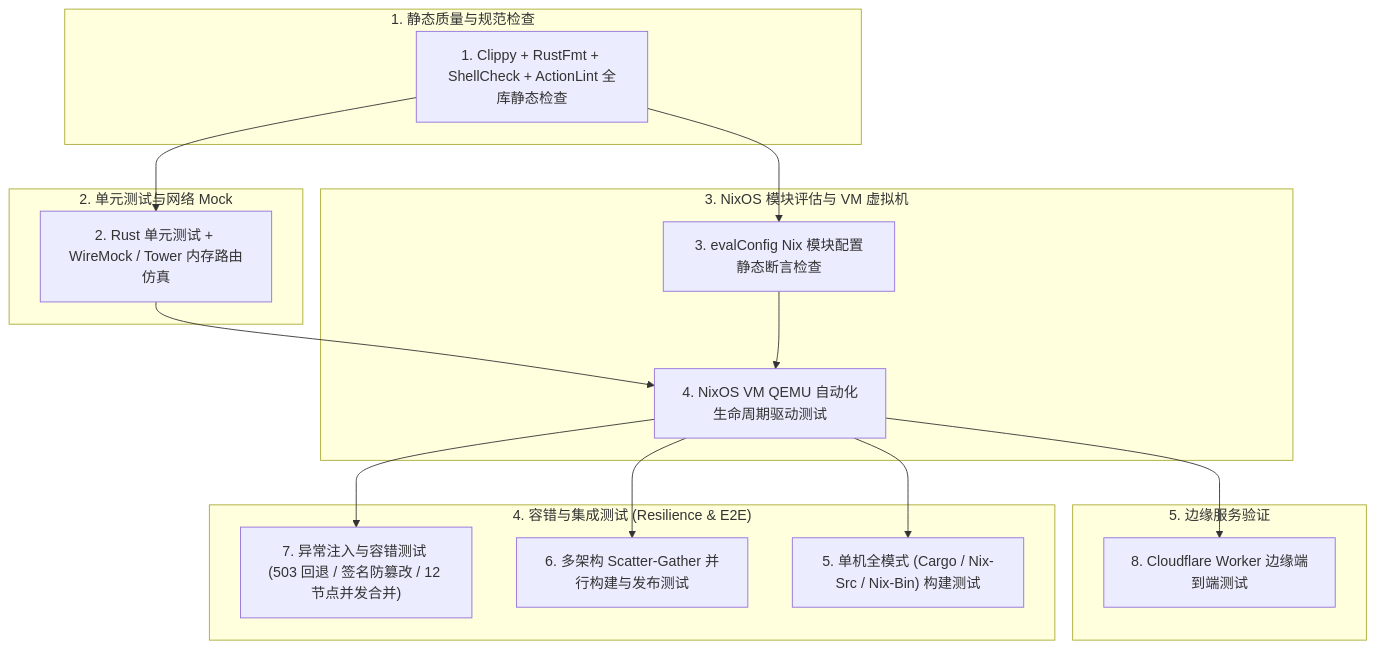
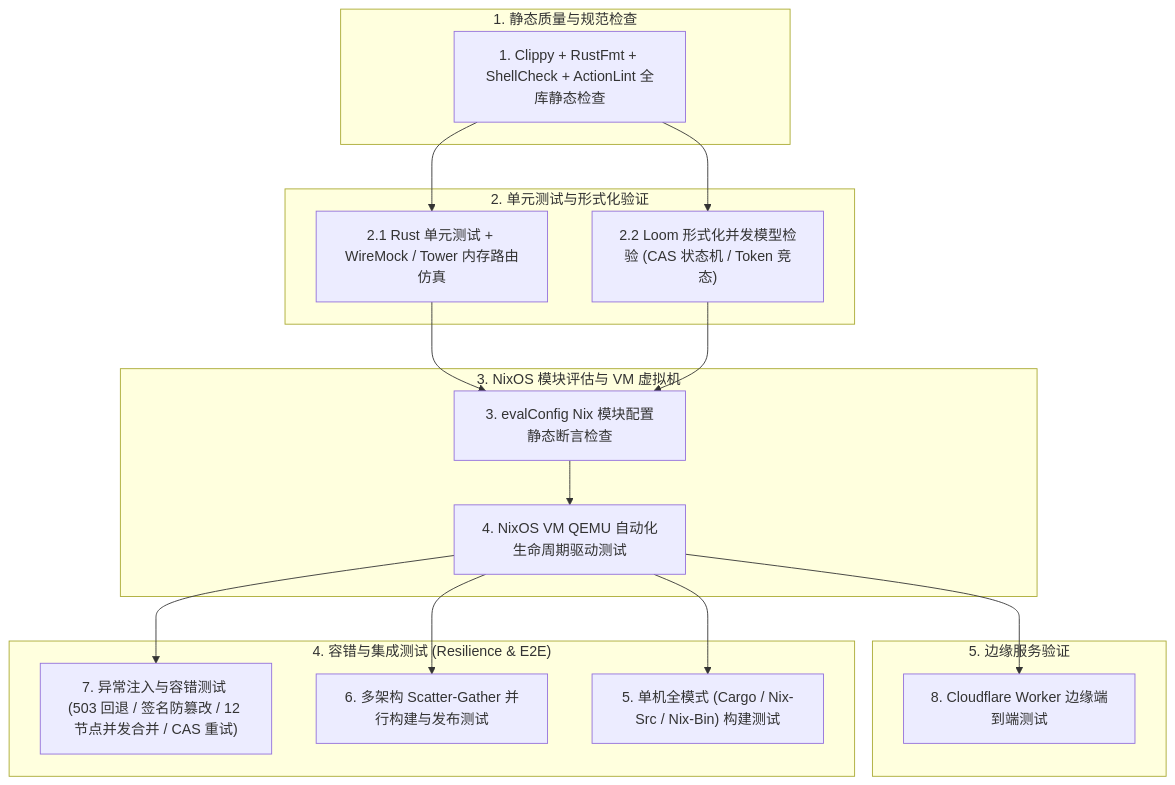
The third of 3 diagrams in README.md (shaogme/nixcache-oci), drawn with Mermaid before and after one commit. The commit also changed other lines of this file and 1 other file, not shown here.

First line of the commit message:
docs: document architecture and CI cache workflows

````diff
--- a/README.md
+++ b/README.md
@@ -748,30 +826,32 @@
 ```mermaid
 flowchart TB
     subgraph L5 ["5. 边缘服务验证"]
         T8["8. Cloudflare Worker 边缘端到端测试"]
     end
     subgraph L4 ["4. 容错与集成测试 (Resilience & E2E)"]
-        T7["7. 异常注入与容错测试 (503 回退 / 签名防篡改 / 12 节点并发合并)"]
+        T7["7. 异常注入与容错测试 (503 回退 / 签名防篡改 / 12 节点并发合并 / CAS 重试)"]
         T6["6. 多架构 Scatter-Gather 并行构建与发布测试"]
         T5["5. 单机全模式 (Cargo / Nix-Src / Nix-Bin) 构建测试"]
     end
     subgraph L3 ["3. NixOS 模块评估与 VM 虚拟机"]
         T4["4. NixOS VM QEMU 自动化生命周期驱动测试"]
         T3["3. evalConfig Nix 模块配置静态断言检查"]
     end
-    subgraph L2 ["2. 单元测试与网络 Mock"]
-        T2["2. Rust 单元测试 + WireMock / Tower 内存路由仿真"]
+    subgraph L2 ["2. 单元测试与形式化验证"]
+        T2_2["2.2 Loom 形式化并发模型检验 (CAS 状态机 / Token 竞态)"]
+        T2_1["2.1 Rust 单元测试 + WireMock / Tower 内存路由仿真"]
     end
     subgraph L1 ["1. 静态质量与规范检查"]
         T1["1. Clippy + RustFmt + ShellCheck + ActionLint 全库静态检查"]
     end
 
-    T1 --> T2
-    T1 --> T3
-    T2 --> T4
+    T1 --> T2_1
+    T1 --> T2_2
+    T2_1 --> T3
+    T2_2 --> T3
     T3 --> T4
     T4 --> T5
     T4 --> T6
     T4 --> T7
     T4 --> T8
 ```
````
